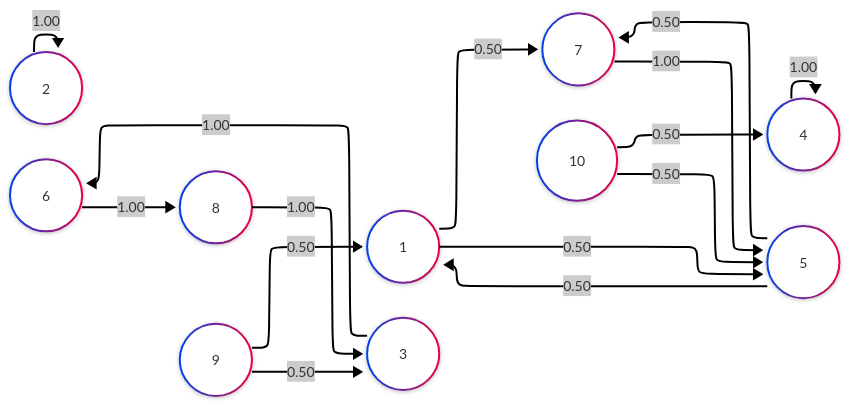
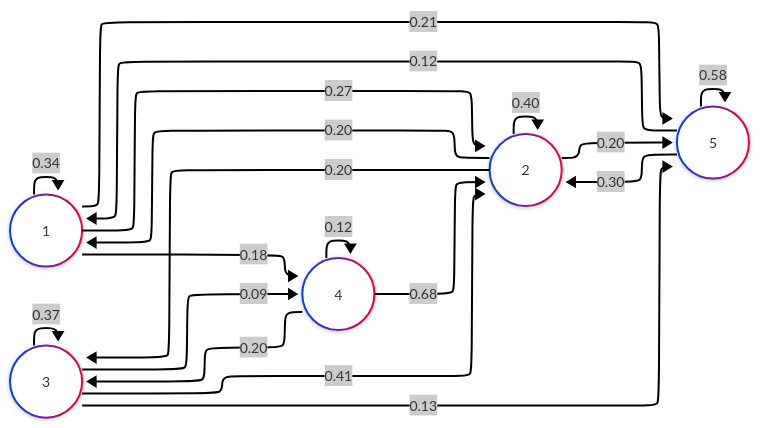
The diagram in graphe_initial.mmd (Ali-Chaoui-El-Faiz/TL_301_PRJ_GRP4), drawn with Mermaid before and after one commit. The commit also changed 30 other files, not shown here.

```diff
--- a/graphe_initial.mmd
+++ b/graphe_initial.mmd
@@ -1,33 +1,32 @@
 ---
 config:
    layout: elk
    theme: neo
    look: neo
 ---
 
 flowchart LR
 A((1))
 B((2))
 C((3))
 D((4))
 E((5))
-F((6))
-G((7))
-H((8))
-I((9))
-J((10))
 
-A -->|0.50|G
-A -->|0.50|E
-B -->|1.00|B
-C -->|1.00|F
-D -->|1.00|D
-E -->|0.50|G
-E -->|0.50|A
-F -->|1.00|H
-G -->|1.00|E
-H -->|1.00|C
-I -->|0.50|A
-I -->|0.50|C
-J -->|0.50|E
-J -->|0.50|D
+A -->|0.21|E
+A -->|0.18|D
+A -->|0.27|B
+A -->|0.34|A
+B -->|0.20|E
+B -->|0.20|C
+B -->|0.40|B
+B -->|0.20|A
+C -->|0.13|E
+C -->|0.09|D
+C -->|0.37|C
+C -->|0.41|B
+D -->|0.12|D
+D -->|0.20|C
+D -->|0.68|B
+E -->|0.58|E
+E -->|0.30|B
+E -->|0.12|A
```
